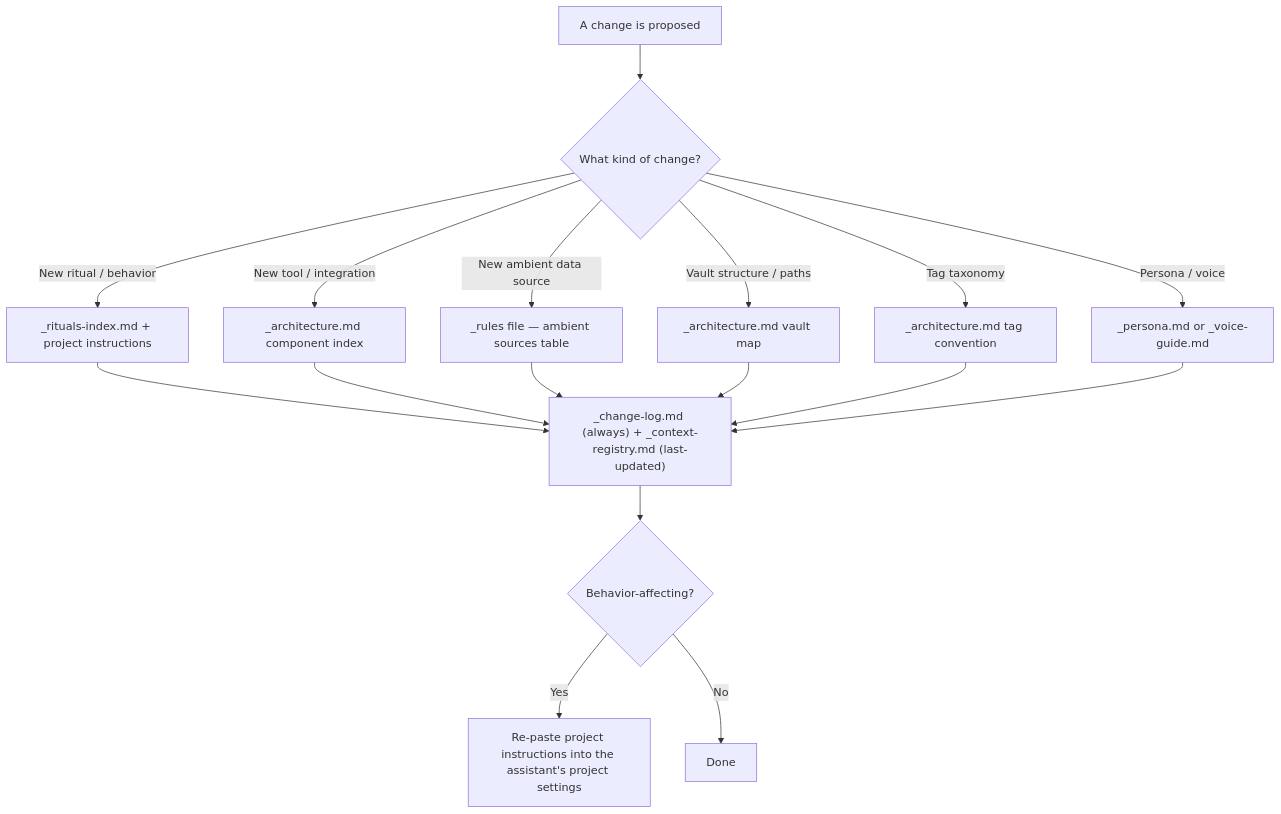
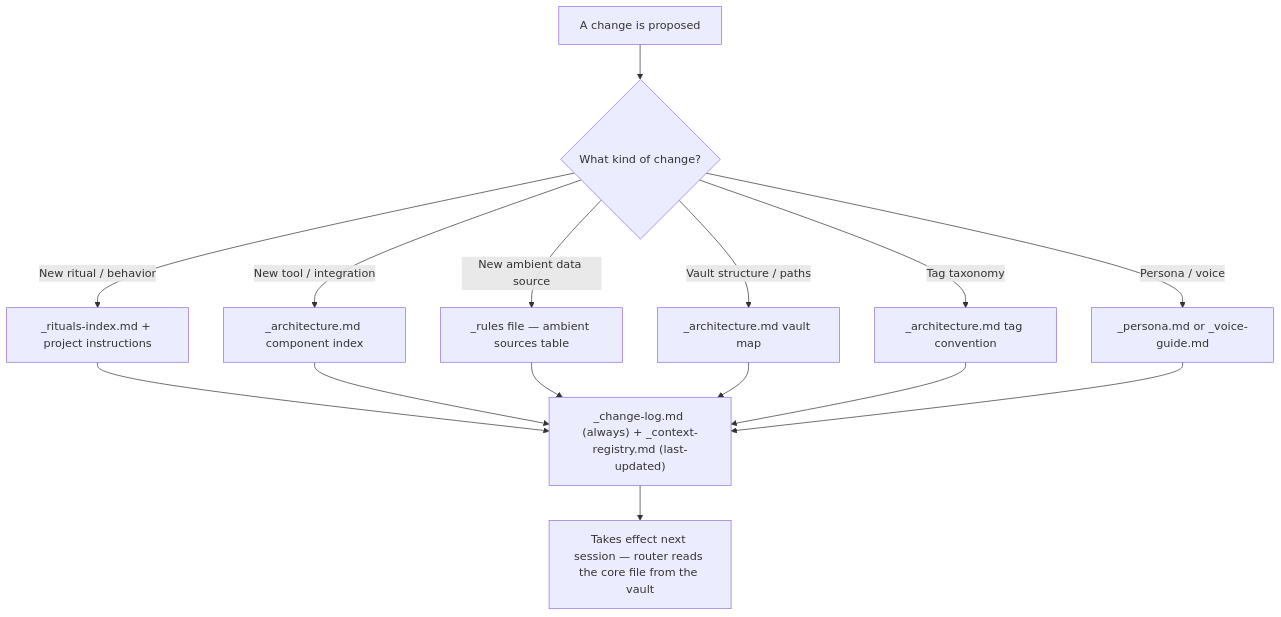
The second of 2 diagrams in docs/02-architecture.md (dashtink/contextos), drawn with Mermaid before and after one commit. The commit also changed other lines of this file and 70 other files, not shown here.

````diff
--- a/docs/02-architecture.md
+++ b/docs/02-architecture.md
@@ -145,14 +160,12 @@
 ```mermaid
 flowchart TD
     A[A change is proposed] --> B{What kind of change?}
     B -->|New ritual / behavior| C1["_rituals-index.md + project instructions"]
     B -->|New tool / integration| C2["_architecture.md component index"]
     B -->|New ambient data source| C3["_rules file — ambient sources table"]
     B -->|Vault structure / paths| C4["_architecture.md vault map"]
     B -->|Tag taxonomy| C5["_architecture.md tag convention"]
     B -->|Persona / voice| C6["_persona.md or _voice-guide.md"]
     C1 & C2 & C3 & C4 & C5 & C6 --> D["_change-log.md (always) + _context-registry.md (last-updated)"]
-    D --> E{Behavior-affecting?}
-    E -->|Yes| F[Re-paste project instructions into the assistant's project settings]
-    E -->|No| G[Done]
+    D --> E[Takes effect next session — router reads the core file from the vault]
 ```
````
